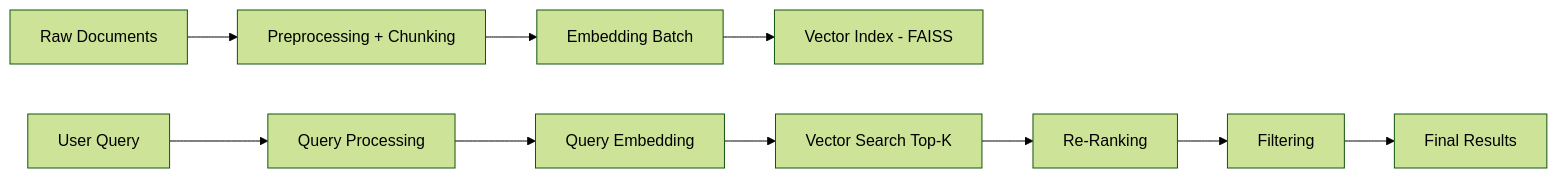
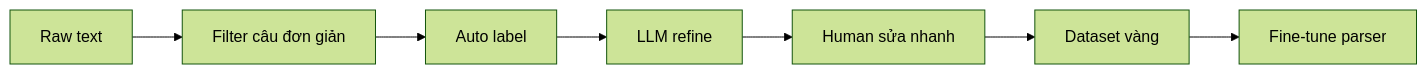
Before and after one commit to 0388649696/llm-tiengviet: the diagram in test.md, drawn with Mermaid (forest theme). The commit also changed other lines of this file, not shown here.

````diff
--- a/test.md
+++ b/test.md
@@ -7,12 +237,9 @@
 ```mermaid
 graph LR
-A[Raw Documents] --> B[Preprocessing + Chunking]
-B --> C[Embedding Batch]
-C --> D[Vector Index - FAISS]
-Q[User Query] --> E[Query Processing]
-E --> F[Query Embedding]
-F --> G[Vector Search Top-K]
-G --> H[Re-Ranking]
-H --> I[Filtering]
-I --> J[Final Results]
+A[Raw text] --> B[Filter câu đơn giản]
+B --> C[Auto label]
+C --> D[LLM refine]
+D --> E[Human sửa nhanh]
+E --> F[Dataset vàng]
+F --> G[Fine-tune parser]
 ```
````
